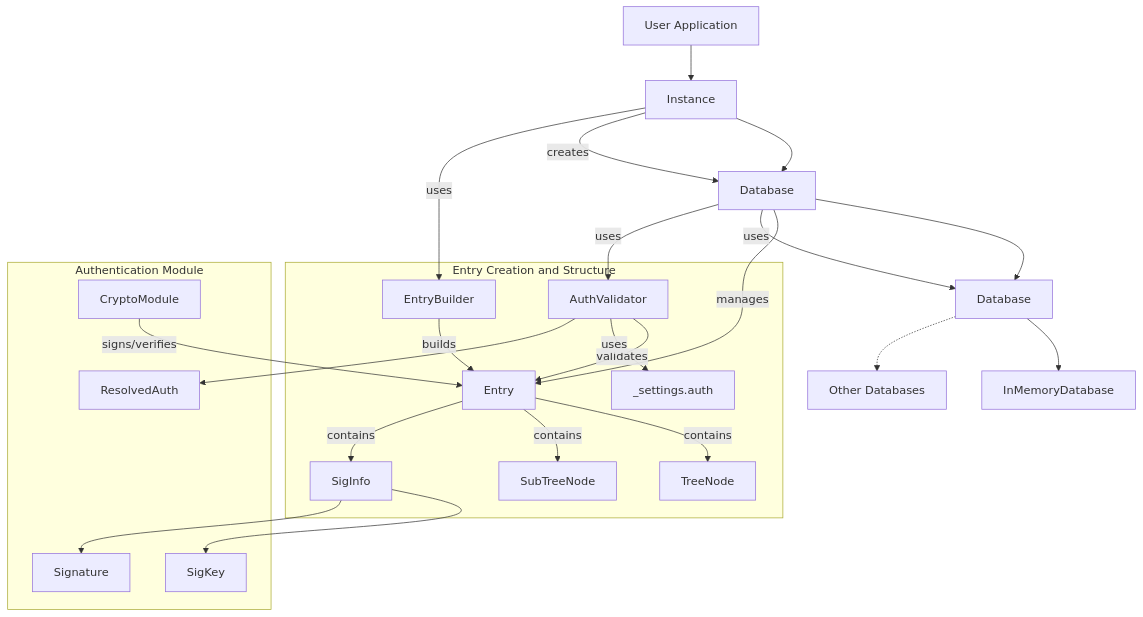
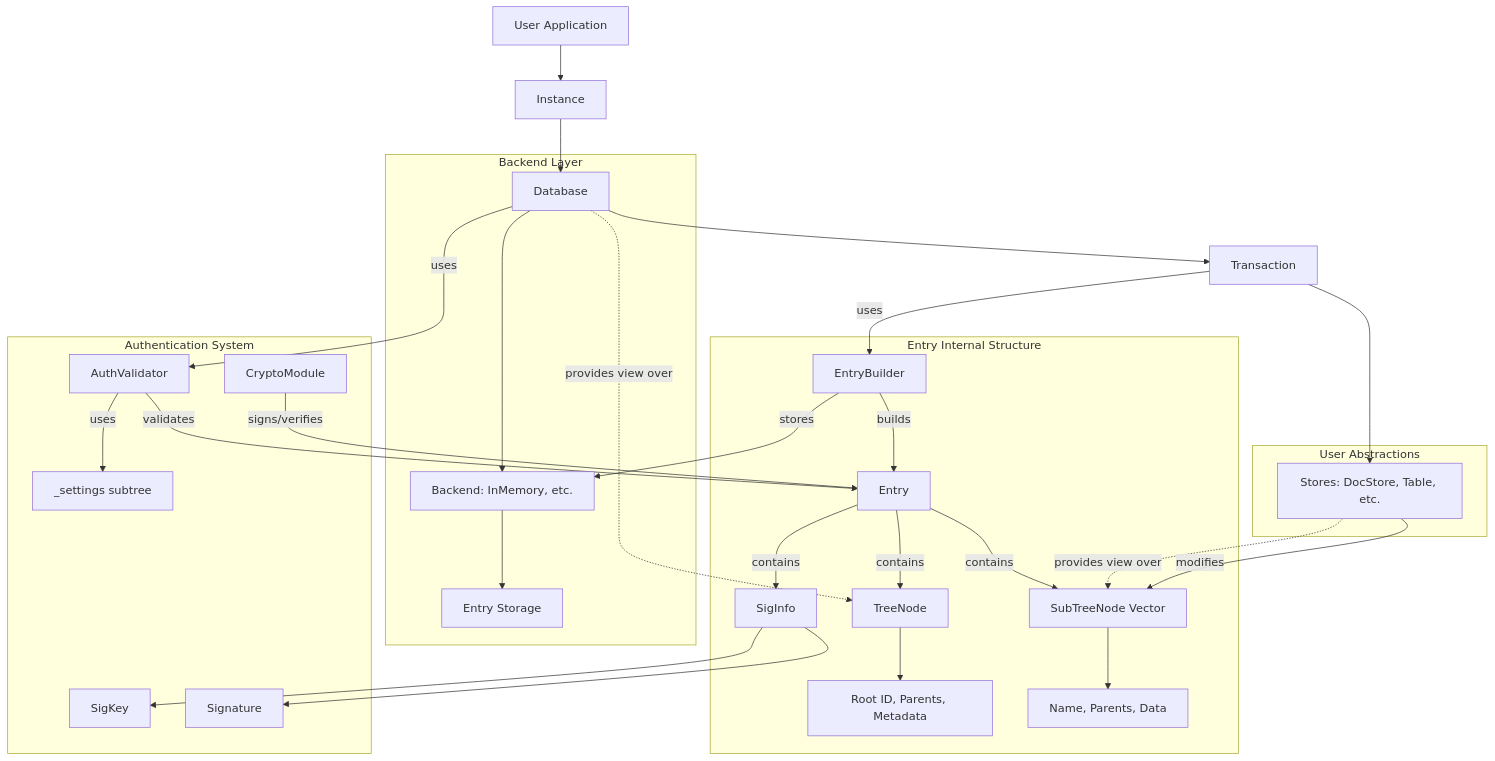
One commit to arcuru/eidetica changed the diagram in docs/src/internal/index.md. Above: the diagram before and after it, drawn with Mermaid. The commit also changed other lines of this file and 62 other files, not shown here.

Commit message:
refactor: clarify the DB/Store - Tree/SubTree split

````diff
--- a/docs/src/internal/index.md
+++ b/docs/src/internal/index.md
@@ -9,30 +9,39 @@
 ```mermaid
 graph TD
     A[User Application] --> B[Instance]
     B --> C[Database]
-    C --> E[Database]
-    E --> F[InMemoryDatabase]
-    E -.-> G[Other Databases]
+    C --> T[Transaction]
+    T --> S[Stores: DocStore, Table, etc.]
 
-    subgraph Entry Creation and Structure
-        H[EntryBuilder] -- builds --> D[Entry]
-        D -- contains --> I[TreeNode]
-        D -- contains --> J[SubTreeNode]
-        D -- contains --> K[SigInfo]
-        L[AuthValidator] -- validates --> D
-        L -- uses --> M[_settings.auth]
+    subgraph Backend Layer
+        C --> BE[Backend: InMemory, etc.]
+        BE --> D[Entry Storage]
     end
 
-    subgraph Authentication Module
+    subgraph Entry Internal Structure
+        H[EntryBuilder] -- builds --> E[Entry]
+        E -- contains --> I[TreeNode]
+        E -- contains --> J[SubTreeNode Vector]
+        E -- contains --> K[SigInfo]
+        I --> IR[Root ID, Parents, Metadata]
+        J --> JR[Name, Parents, Data]
+    end
+
+    subgraph Authentication System
         K --> N[SigKey]
         K --> O[Signature]
-        L --> P[ResolvedAuth]
-        Q[CryptoModule] -- signs/verifies --> D
+        L[AuthValidator] -- validates --> E
+        L -- uses --> M[_settings subtree]
+        Q[CryptoModule] -- signs/verifies --> E
     end
 
-    B -- creates --> C
-    C -- manages --> D
-    B -- uses --> H
-    C -- uses --> E
+    subgraph User Abstractions
+        C -.-> |"provides view over"| I
+        S -.-> |"provides view over"| J
+    end
+
+    T -- uses --> H
+    H -- stores --> BE
     C -- uses --> L
+    S -- modifies --> J
 ```
````
